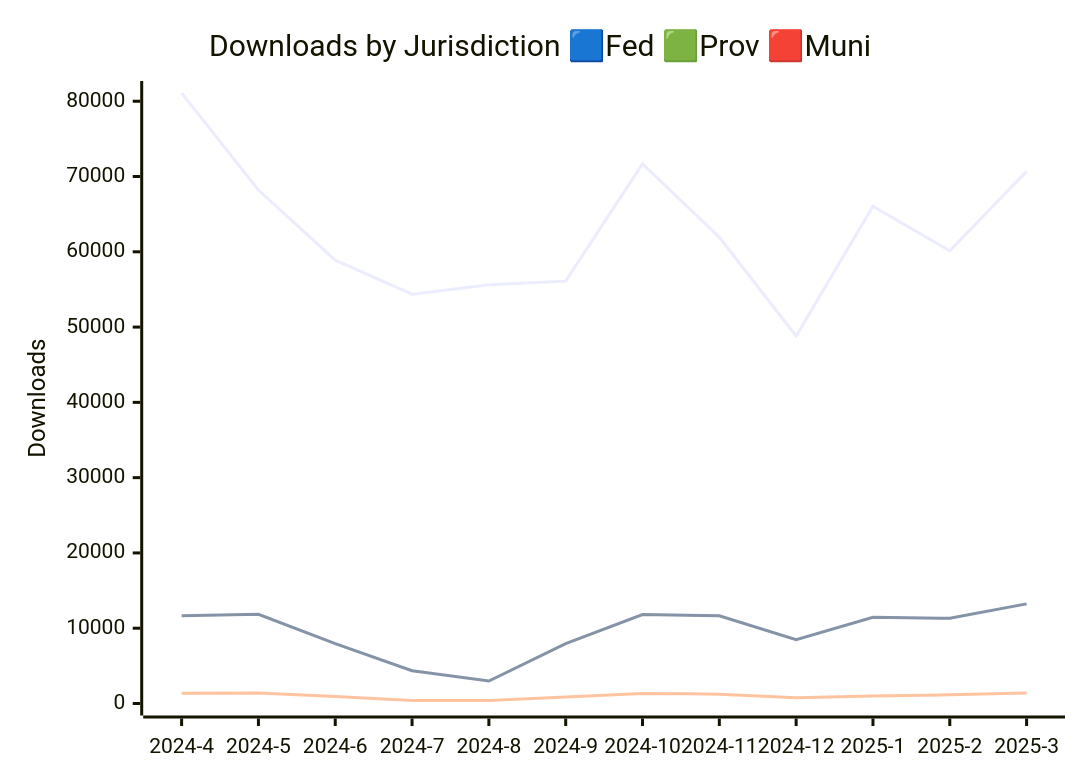
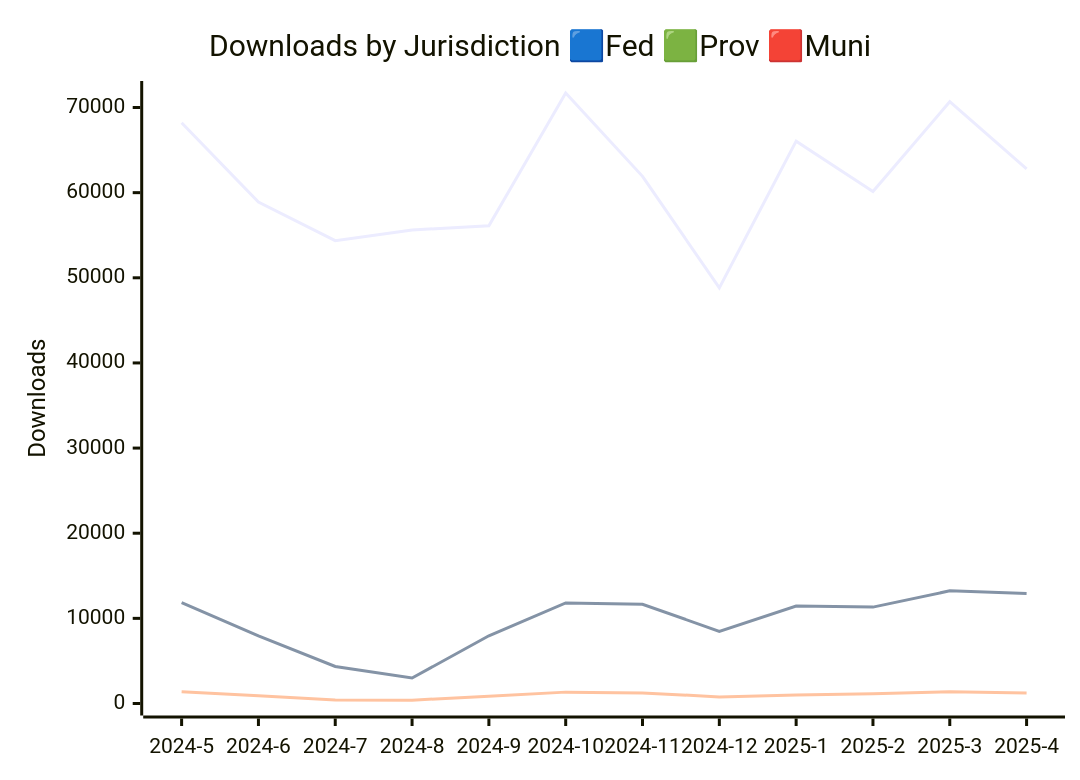
One commit to open-data/analytics-corporate-reporting changed the diagram in JURISDICTION_ANALYTICS_REPORT/readme.md. Above: the diagram before and after it, drawn with Mermaid. The commit also changed 3 other files, not shown here.

````diff
--- a/JURISDICTION_ANALYTICS_REPORT/readme.md
+++ b/JURISDICTION_ANALYTICS_REPORT/readme.md
@@ -4,10 +4,10 @@
 ```mermaid
 
 xychart-beta
     title "Downloads by Jurisdiction 🟦Fed 🟩Prov 🟥Muni"
-    x-axis [2024-4, 2024-5, 2024-6, 2024-7, 2024-8, 2024-9, 2024-10, 2024-11, 2024-12, 2025-1, 2025-2, 2025-3]
-    y-axis "Downloads" 0 --> 81094
-    line [81084, 68207, 58891, 54362, 55616, 56105, 71695, 61918, 48817, 66047, 60131, 70682]
-    line [11655, 11845, 7949, 4346, 2992, 7956, 11808, 11660, 8470, 11452, 11320, 13232]
-    line [1346, 1383, 914, 411, 394, 850, 1336, 1244, 776, 988, 1155, 1386]
+    x-axis [2024-5, 2024-6, 2024-7, 2024-8, 2024-9, 2024-10, 2024-11, 2024-12, 2025-1, 2025-2, 2025-3, 2025-4]
+    y-axis "Downloads" 0 --> 71705
+    line [68207, 58891, 54362, 55616, 56105, 71695, 61918, 48817, 66047, 60131, 70682, 62806]
+    line [11845, 7949, 4346, 2992, 7956, 11808, 11660, 8470, 11452, 11320, 13232, 12930]
+    line [1383, 914, 411, 394, 850, 1336, 1244, 776, 988, 1155, 1386, 1229]
 ```
````
